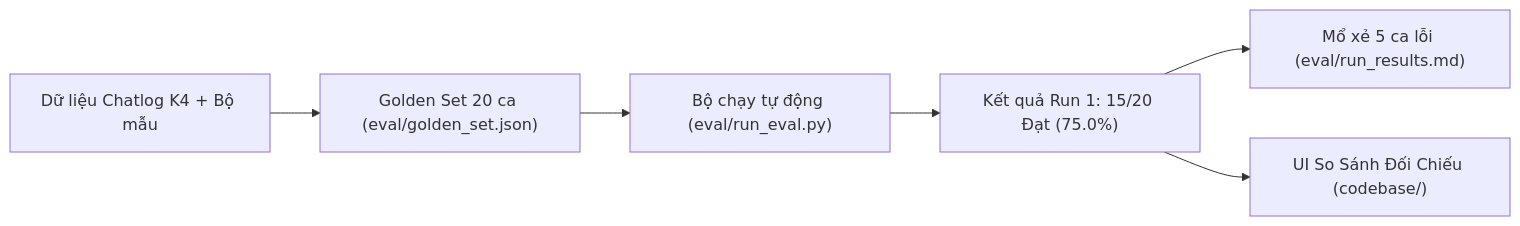
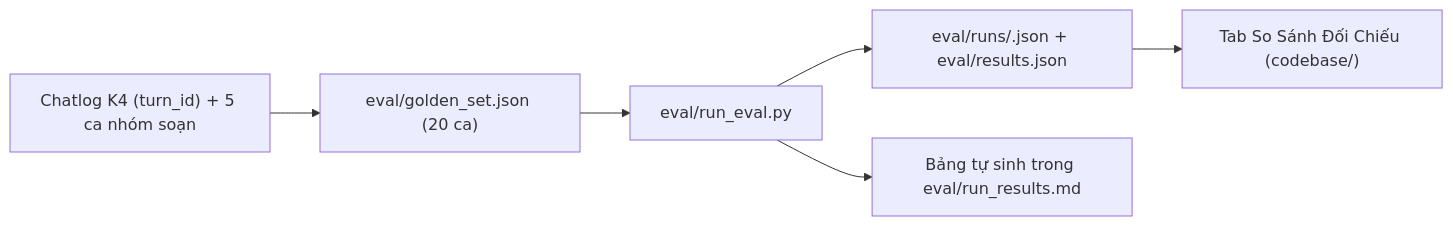
One commit to trungdam1305/K4-3A-E402-4Nguoi changed the diagram in README_CP3.md. Above: the diagram before and after it, drawn with Mermaid. The commit also changed other lines of this file and 4 other files, not shown here.

First line of the commit message:
docs(eval): Run 1 (CP3) đo thật 17/20, cập nhật §7 và README_CP3

````diff
--- a/README_CP3.md
+++ b/README_CP3.md
@@ -14,8 +17,8 @@
 ```mermaid
 flowchart LR
-    A["Dữ liệu Chatlog K4 + Bộ mẫu"] --> B["Golden Set 20 ca (eval/golden_set.json)"]
-    B --> C["Bộ chạy tự động (eval/run_eval.py)"]
-    C --> D["Kết quả Run 1: 15/20 Đạt (75.0%)"]
-    D --> E["Mổ xẻ 5 ca lỗi (eval/run_results.md)"]
-    D --> F["UI So Sánh Đối Chiếu (codebase/)"]
+    A["Chatlog K4 (turn_id) + 5 ca nhóm soạn"] --> B["eval/golden_set.json (20 ca)"]
+    B --> C["eval/run_eval.py"]
+    C --> D["eval/runs/<thời điểm>.json + eval/results.json"]
+    C --> E["Bảng tự sinh trong eval/run_results.md"]
+    D --> F["Tab So Sánh Đối Chiếu (codebase/)"]
 ```
````
